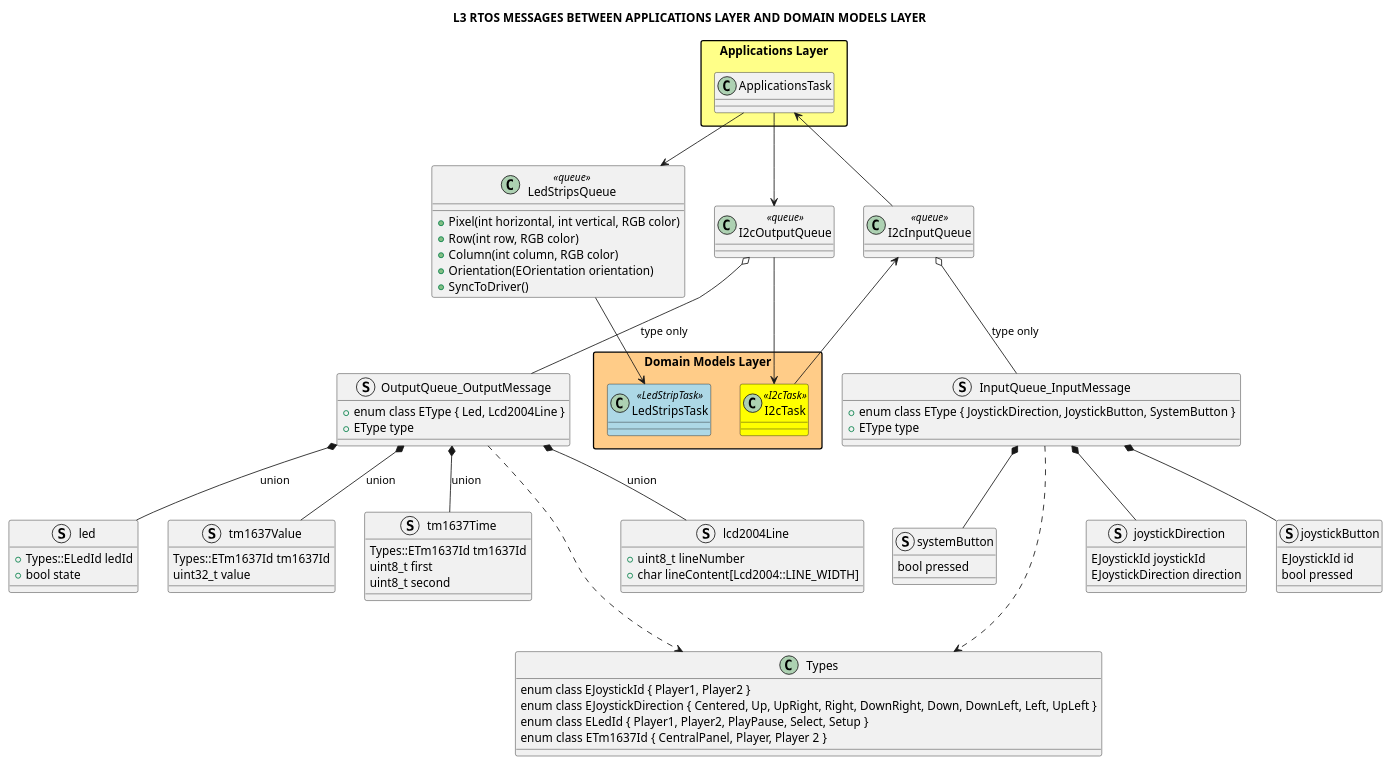
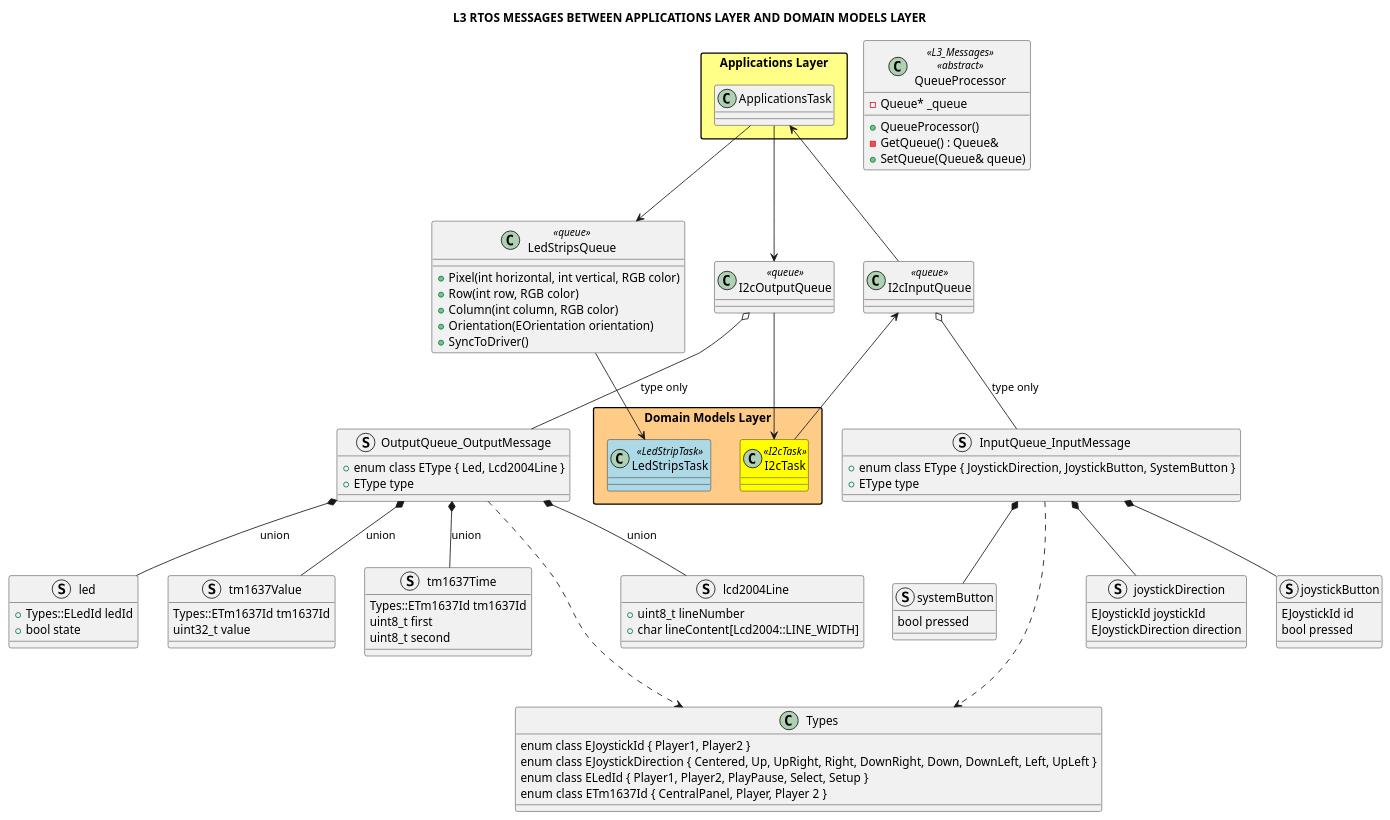
Before and after one commit to michelkeijzers/fraxis: the diagram in Docs/Software Design/Layers/L3_messages.puml, drawn with PlantUML. The commit also changed 50 other files, not shown here.

```diff
--- a/Docs/Software Design/Layers/L3_messages.puml
+++ b/Docs/Software Design/Layers/L3_messages.puml
@@ -1,126 +1,134 @@
 @startuml
 
 title L3 RTOS MESSAGES BETWEEN APPLICATIONS LAYER AND DOMAIN MODELS LAYER
 
 skinparam packageStyle rectangle
 skinparam lineThickness 2
 
 '------------------------------------------------------------------------------------------------
 '                           APPLICATIONS LAYER 
 '------------------------------------------------------------------------------------------------
 
 package "Applications Layer" #ff8
 {
     class ApplicationsTask {}
 } 
 
 class Types
 {
     enum class EJoystickId { Player1, Player2 }
     enum class EJoystickDirection { Centered, Up, UpRight, Right, DownRight, Down, DownLeft, Left, UpLeft }
     enum class ELedId { Player1, Player2, PlayPause, Select, Setup }
     enum class ETm1637Id { CentralPanel, Player, Player 2 }
 }
 
 class LedStripsQueue <<queue>> 
 {
     + Pixel(int horizontal, int vertical, RGB color)
     + Row(int row, RGB color)
     + Column(int column, RGB color)
     + Orientation(EOrientation orientation)
     + SyncToDriver()
 }
 
 class I2cOutputQueue <<queue>> 
 {
 }
 
 struct OutputQueue_OutputMessage
 {
     + enum class EType { Led, Lcd2004Line }
     + EType type
 }
 
 struct lcd2004Line 
 {
     + uint8_t lineNumber
     + char lineContent[Lcd2004::LINE_WIDTH]
 }
 
 struct led
 {
     + Types::ELedId ledId
     + bool state
 }
 
 struct tm1637Value
 {
     Types::ETm1637Id tm1637Id
     uint32_t value
 } 
 
 struct tm1637Time
 {
     Types::ETm1637Id tm1637Id
     uint8_t first
     uint8_t second
 }
 
 OutputQueue_OutputMessage *-- led : union
 OutputQueue_OutputMessage *-- lcd2004Line : union
 OutputQueue_OutputMessage *-- tm1637Value : union
 OutputQueue_OutputMessage *-- tm1637Time : union
 
 I2cOutputQueue o-- OutputQueue_OutputMessage : type only
 
 class I2cInputQueue <<queue>> 
 {
 }
 
 ApplicationsTask --> LedStripsQueue
 ApplicationsTask --> I2cOutputQueue
 ApplicationsTask <-- I2cInputQueue
 
 struct InputQueue_InputMessage
 {
     + enum class EType { JoystickDirection, JoystickButton, SystemButton }
     + EType type
 }
 
 I2cInputQueue o-- InputQueue_InputMessage: type only
 
 OutputQueue_OutputMessage ...> Types
 InputQueue_InputMessage ...> Types
 
+class QueueProcessor <<L3_Messages>> <<abstract>>
+{
+    + QueueProcessor()
+    - GetQueue() : Queue&
+    + SetQueue(Queue& queue)
+    - Queue* _queue
+}
+
 struct joystickDirection
 {
     EJoystickId joystickId
     EJoystickDirection direction
 }
 
 struct joystickButton
 {
     EJoystickId id
     bool pressed
 } 
 
 struct systemButton
 {
     bool pressed
 } 
 
 InputQueue_InputMessage *-- joystickDirection
 InputQueue_InputMessage *-- joystickButton
 InputQueue_InputMessage *-- systemButton
 
 package "Domain Models Layer" as DomainModelsLayer #fc8
 {
     class I2cTask <<I2cTask>> #yellow
     class LedStripsTask <<LedStripTask>> #lightblue
 }
 
 LedStripsQueue --> LedStripsTask
 I2cOutputQueue --> I2cTask
 I2cInputQueue <-- I2cTask
 
 @enduml
```
